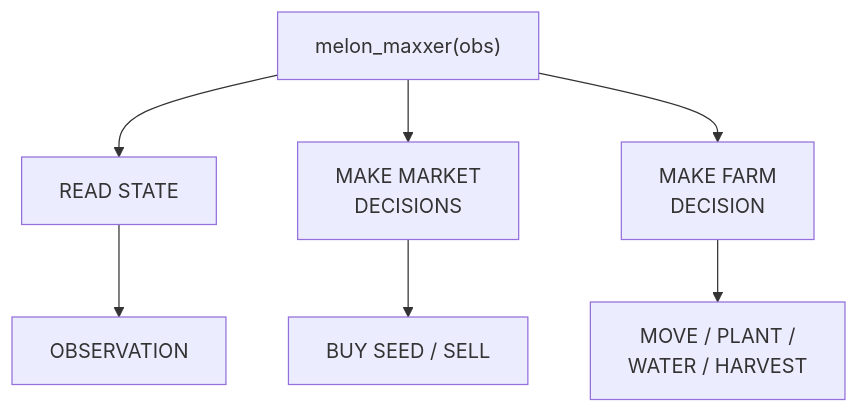
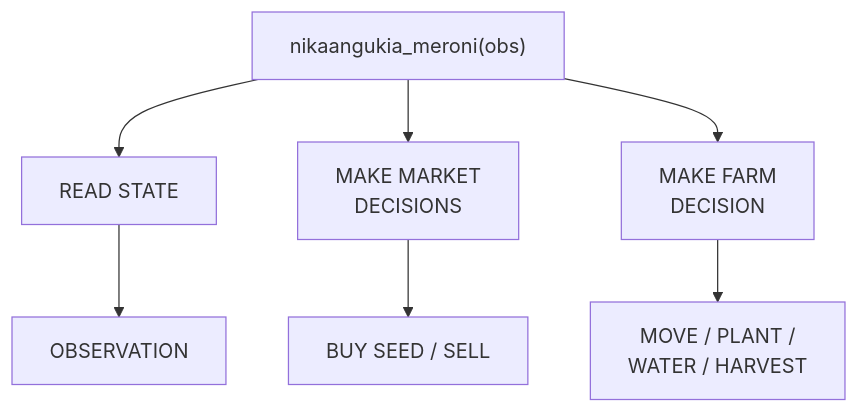
One commit to Kinjuriu/washamba_bots changed the first of 5 diagrams in README.md. Above: the diagram before and after it, drawn with Mermaid. The commit also changed other lines of this file and 5 other files, not shown here.

````diff
--- a/README.md
+++ b/README.md
@@ -11,12 +11,12 @@
 ```mermaid
 flowchart TD
-    agent["melon_maxxer(obs)"]
+    agent["nikaangukia_meroni(obs)"]
 
     agent --> read["READ STATE"]
     agent --> market["MAKE MARKET<br/>DECISIONS"]
     agent --> farm["MAKE FARM<br/>DECISION"]
 
     read --> observation["OBSERVATION"]
     market --> trade["BUY SEED / SELL"]
     farm --> farm_actions["MOVE / PLANT /<br/>WATER / HARVEST"]
 ```
````
